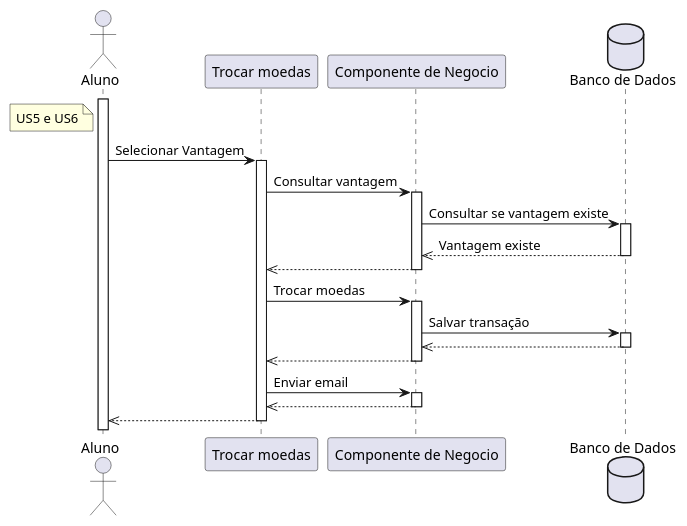
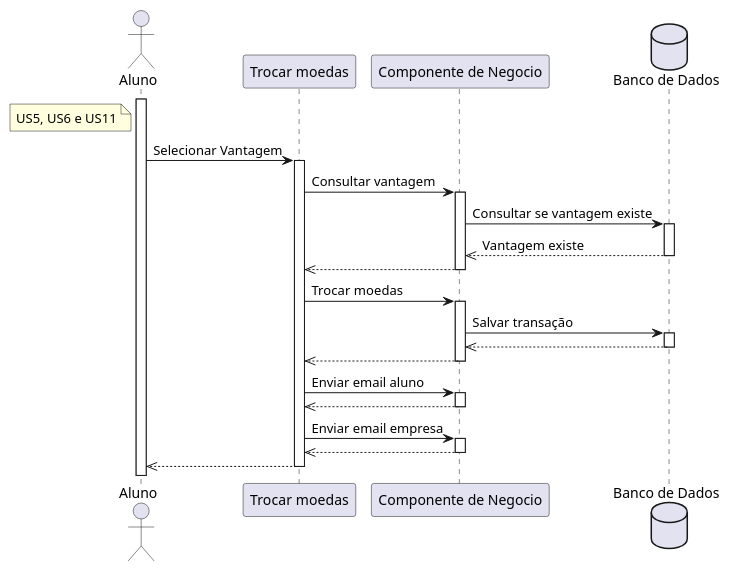
The diagram in laboratorio-3/sprint-2/projeto/plantuml/sequencia/US5.plantuml (G4BR-13-L/lab-desenvolvimento-de-software), drawn with PlantUML before and after one commit. The commit also changed 27 other files, not shown here.

Commit message:
Todos os diagramas Gerados

```diff
--- a/laboratorio-3/sprint-2/projeto/plantuml/sequencia/US5.plantuml
+++ b/laboratorio-3/sprint-2/projeto/plantuml/sequencia/US5.plantuml
@@ -1,48 +1,53 @@
-@startuml US5eUS6
+@startuml US5eUS6eUS11
 
 
 actor "Aluno" as Aluno
 note left of Aluno #LightYellow
-US5 e US6
+US5, US6 e US11
 end note
 
 participant "Trocar moedas" as TrocarMoeda
 participant "Componente de Negocio" as ComponenteMoeda
 database "Banco de Dados" as Database
 
 activate Aluno
 Aluno -> TrocarMoeda : Selecionar Vantagem
 activate TrocarMoeda
 TrocarMoeda -> ComponenteMoeda : Consultar vantagem
 activate ComponenteMoeda
 ComponenteMoeda -> Database : Consultar se vantagem existe
 activate Database
 Database -->> ComponenteMoeda : Vantagem existe
 deactivate Database
 ComponenteMoeda -->> TrocarMoeda
 deactivate ComponenteMoeda
 
 TrocarMoeda -> ComponenteMoeda : Trocar moedas
 activate ComponenteMoeda
 ComponenteMoeda -> Database : Salvar transação
 activate Database
 Database -->> ComponenteMoeda
 deactivate Database
 
 ComponenteMoeda -->> TrocarMoeda
 deactivate ComponenteMoeda
 
-TrocarMoeda -> ComponenteMoeda : Enviar email
+TrocarMoeda -> ComponenteMoeda : Enviar email aluno
+activate ComponenteMoeda
+ComponenteMoeda -->> TrocarMoeda
+deactivate ComponenteMoeda
+
+TrocarMoeda -> ComponenteMoeda : Enviar email empresa
 activate ComponenteMoeda
 ComponenteMoeda -->> TrocarMoeda
 deactivate ComponenteMoeda
 
 TrocarMoeda -->> Aluno
 deactivate TrocarMoeda
 
 ' --> Sincrono 
 ' -->> Assincrono
 ' <-- Retorno Sincrono
 ' <<-- Retorno Assíncrono
 
 @enduml
```
